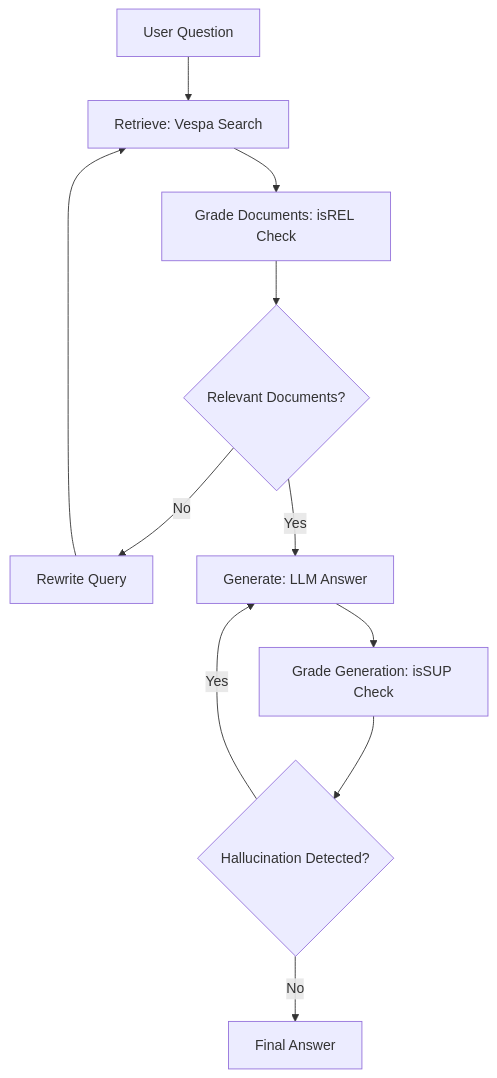
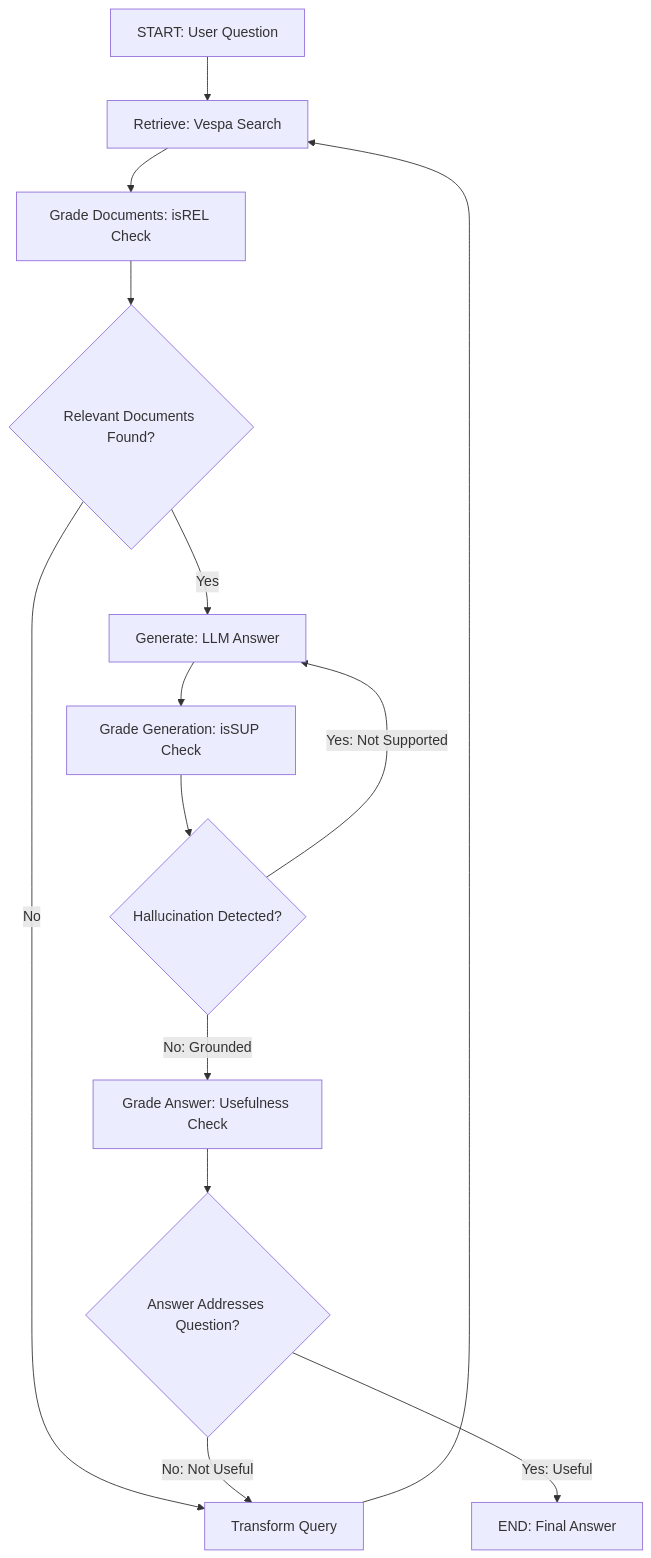
Before and after one commit to alp-kaplan/self-rag-turkish-education: the diagram in README.md, drawn with Mermaid.

Commit message:
fix self-rag workflow

````diff
--- a/README.md
+++ b/README.md
@@ -156,13 +156,16 @@
 ```mermaid
 graph TD
-    A[User Question] --> B[Retrieve: Vespa Search]
+    A[START: User Question] --> B[Retrieve: Vespa Search]
     B --> C[Grade Documents: isREL Check]
-    C --> D{Relevant Documents?}
-    D -->|No| E[Rewrite Query]
+    C --> D{Relevant Documents Found?}
+    D -->|No| E[Transform Query]
     E --> B
     D -->|Yes| F[Generate: LLM Answer]
     F --> G[Grade Generation: isSUP Check]
     G --> H{Hallucination Detected?}
-    H -->|Yes| F
-    H -->|No| I[Final Answer]
+    H -->|Yes: Not Supported| F
+    H -->|No: Grounded| I[Grade Answer: Usefulness Check]
+    I --> J{Answer Addresses Question?}
+    J -->|No: Not Useful| E
+    J -->|Yes: Useful| K[END: Final Answer]
 ```
````
